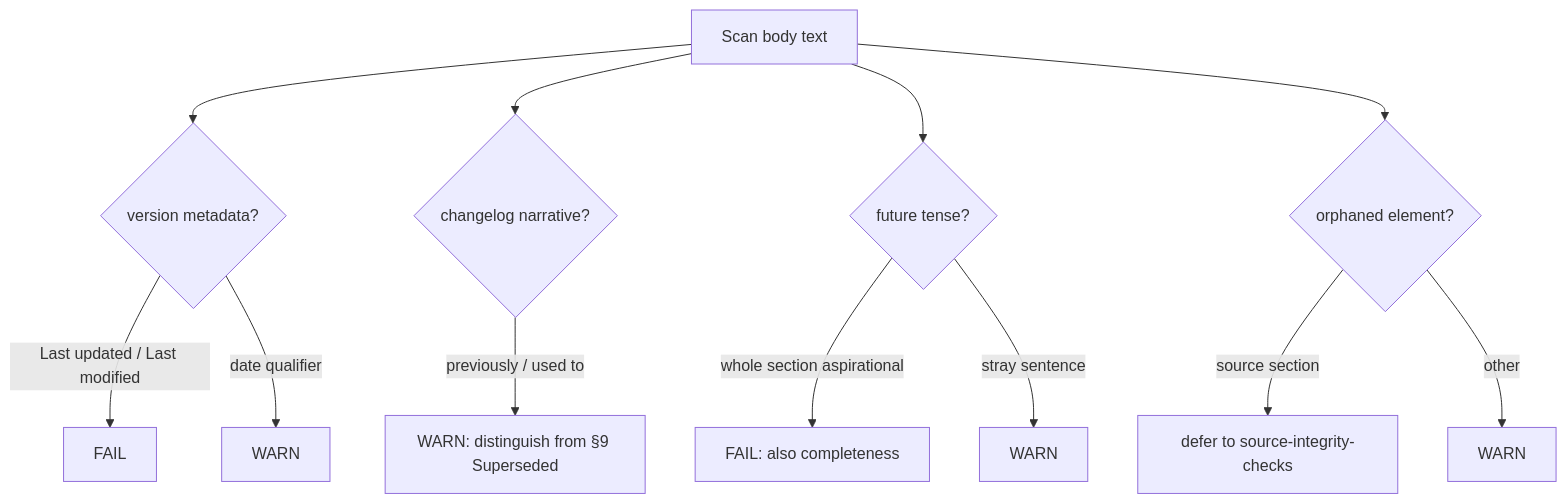
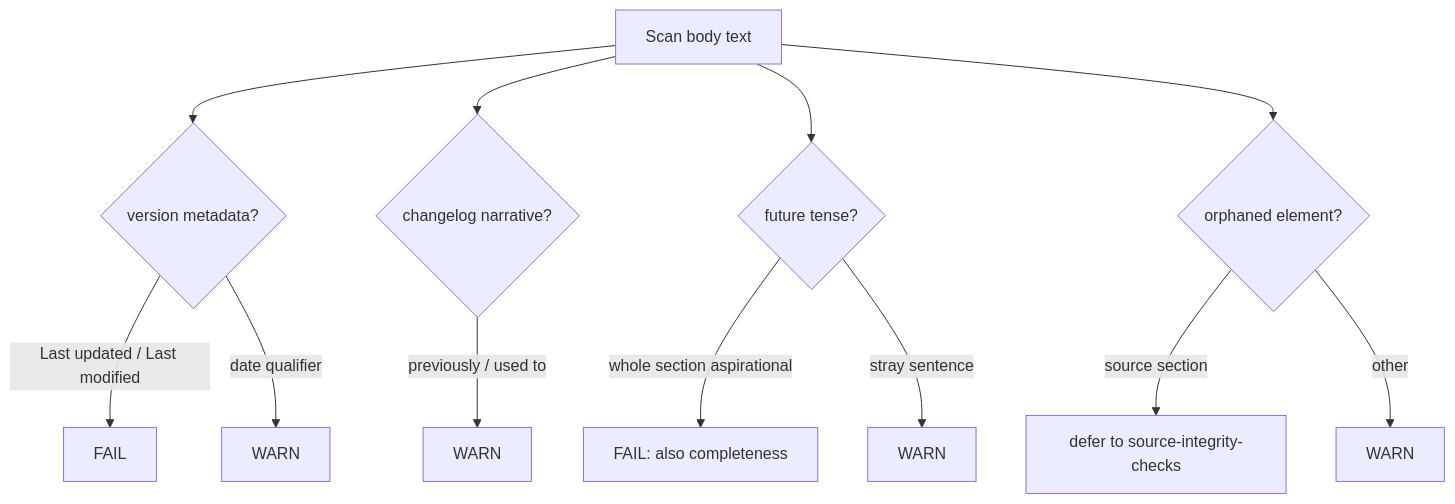
Before and after one commit to mark-satterfield/toolset: the diagram in plugins/agent-teams-workforce/skills/arc42-verify/references/living-doc-antipatterns.md, drawn with Mermaid. The commit also changed other lines of this file and 23 other files, not shown here.

````diff
--- a/plugins/agent-teams-workforce/skills/arc42-verify/references/living-doc-antipatterns.md
+++ b/plugins/agent-teams-workforce/skills/arc42-verify/references/living-doc-antipatterns.md
@@ -85,14 +83,14 @@
 ```mermaid
 flowchart TD
   scan[Scan body text] --> meta{version metadata?}
   meta -->|"Last updated / Last modified"| failA[FAIL]
   meta -->|date qualifier| warnA[WARN]
   scan --> diary{changelog narrative?}
-  diary -->|"previously / used to"| warnB[WARN: distinguish from §9 Superseded]
+  diary -->|"previously / used to"| warnB[WARN]
   scan --> future{future tense?}
   future -->|whole section aspirational| failB[FAIL: also completeness]
   future -->|stray sentence| warnC[WARN]
   scan --> orphan{orphaned element?}
   orphan -->|source section| handoff[defer to source-integrity-checks]
   orphan -->|other| warnD[WARN]
 ```
````
